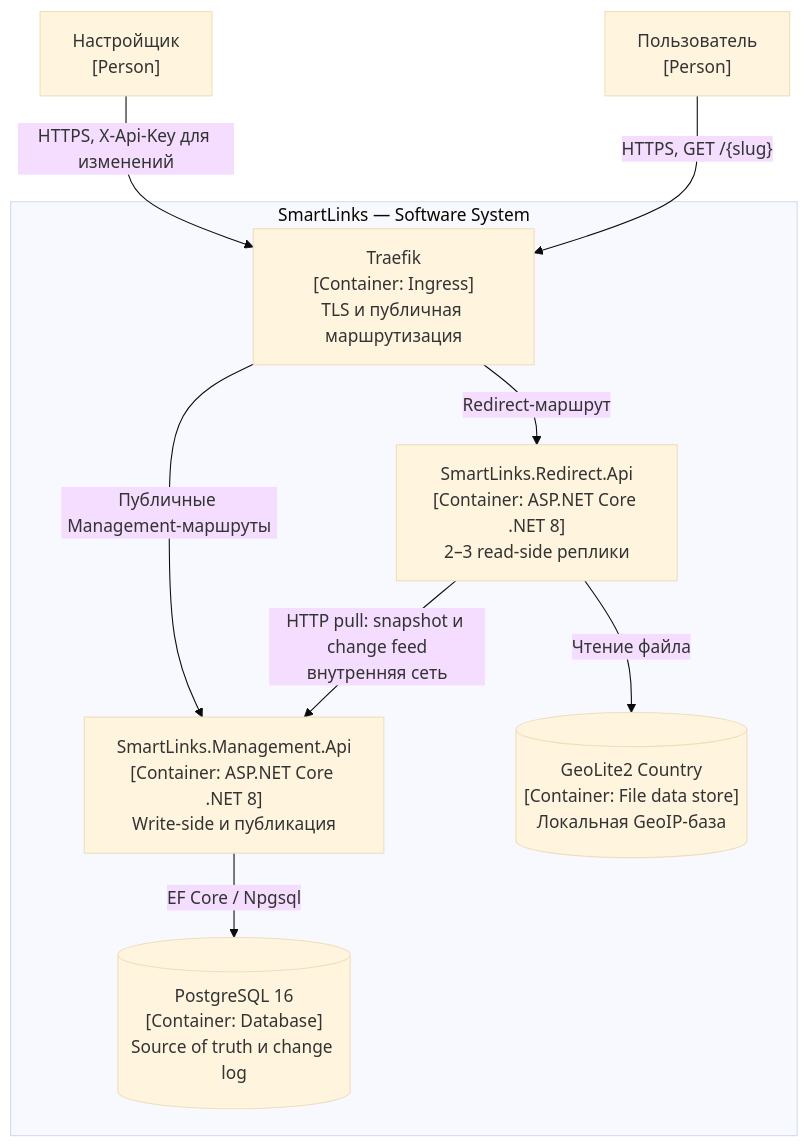
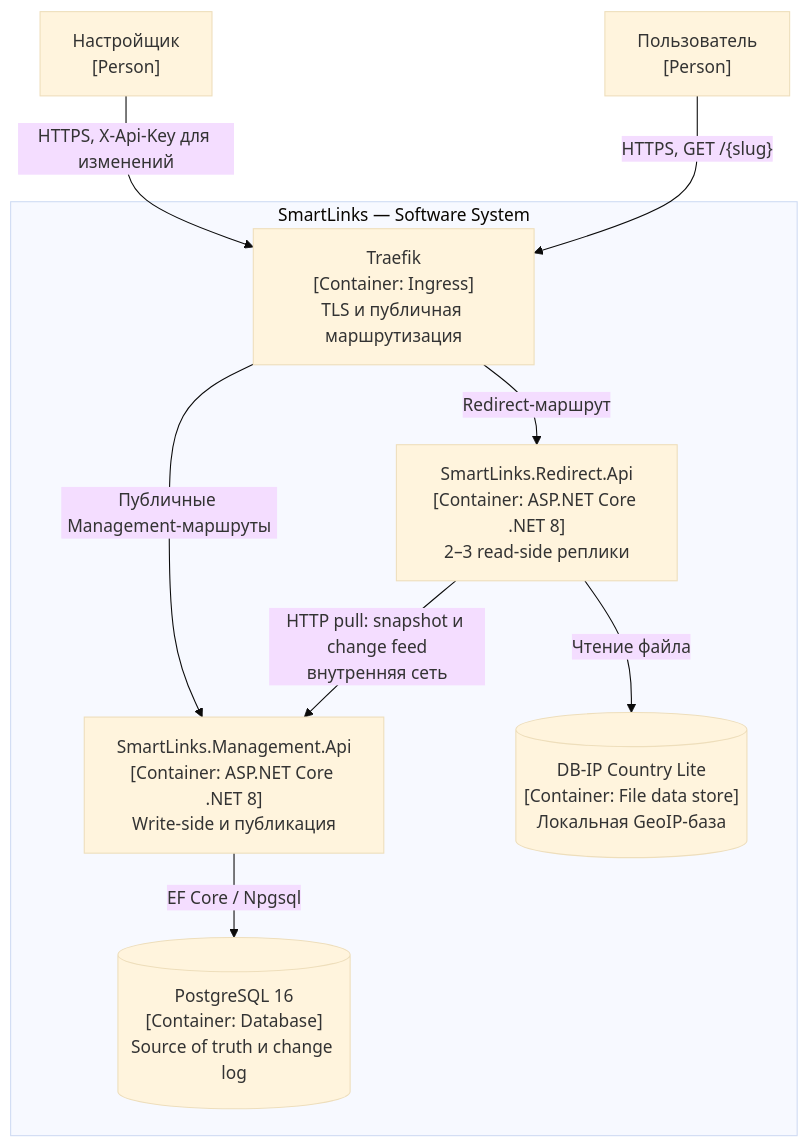
One commit to in-digo/SmartLinks changed the second of 4 diagrams in docs/architecture.md. Above: the diagram before and after it, drawn with Mermaid (base theme). The commit also changed other lines of this file and 1 other file, not shown here.

Commit message:
docs: Обновлены README и описание GeoIP

````diff
--- a/docs/architecture.md
+++ b/docs/architecture.md
@@ -37,21 +37,21 @@
 ```mermaid
 flowchart TB
     configurator["Настройщик<br/>[Person]"]
     visitor["Пользователь<br/>[Person]"]
 
     subgraph smartLinksBoundary["SmartLinks — Software System"]
         ingress["Traefik<br/>[Container: Ingress]<br/>TLS и публичная маршрутизация"]
         management["SmartLinks.Management.Api<br/>[Container: ASP.NET Core .NET 8]<br/>Write-side и публикация"]
         postgres[("PostgreSQL 16<br/>[Container: Database]<br/>Source of truth и change log")]
         redirect["SmartLinks.Redirect.Api<br/>[Container: ASP.NET Core .NET 8]<br/>2–3 read-side реплики"]
-        geoLite[("GeoLite2 Country<br/>[Container: File data store]<br/>Локальная GeoIP-база")]
+        geoLite[("DB-IP Country Lite<br/>[Container: File data store]<br/>Локальная GeoIP-база")]
     end
 
     configurator -->|"HTTPS, X-Api-Key для изменений"| ingress
     visitor -->|"HTTPS, GET /{slug}"| ingress
     ingress -->|"Публичные Management-маршруты"| management
     ingress -->|"Redirect-маршрут"| redirect
     management -->|"EF Core / Npgsql"| postgres
     redirect -->|"HTTP pull: snapshot и change feed<br/>внутренняя сеть"| management
     redirect -->|"Чтение файла"| geoLite
 ```
````
